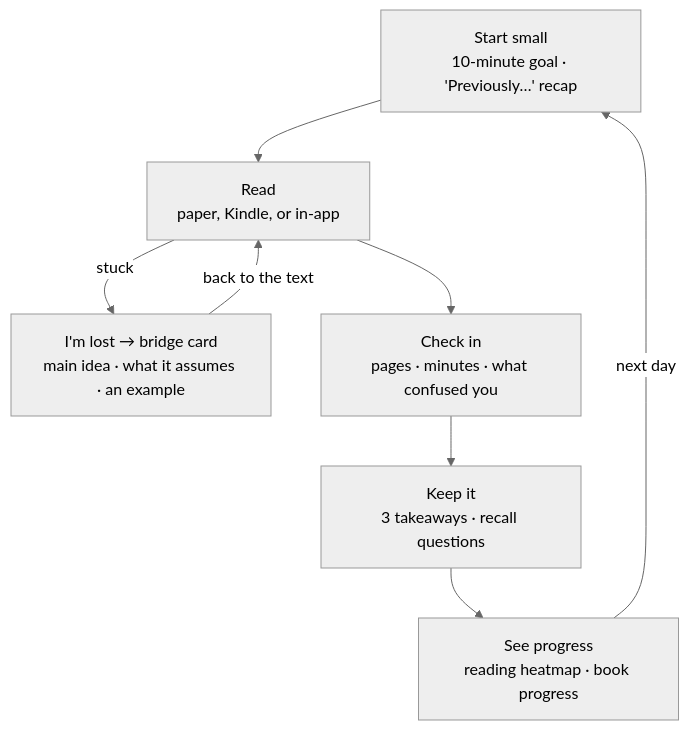
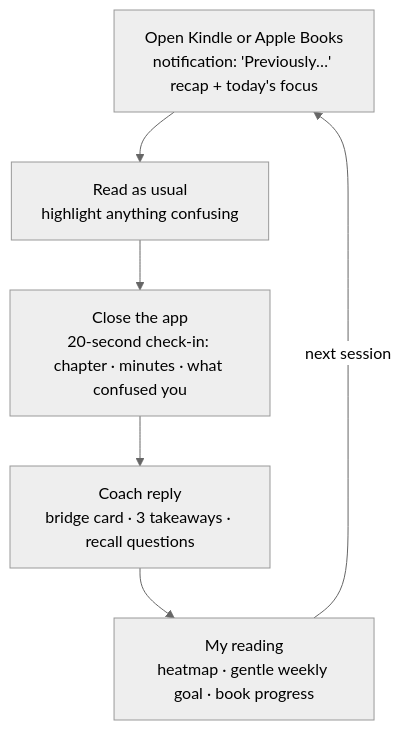
Before and after one commit to LuckyP86H/help-me-learn: the diagram in PLAN.md, drawn with Mermaid (neutral theme). The commit also changed other lines of this file and 1 other file, not shown here.

First line of the commit message:
Revise v2 plan around Kindle/Apple Books reading and local models

````diff
--- a/PLAN.md
+++ b/PLAN.md
@@ -53,15 +76,11 @@
 ```mermaid
 flowchart TB
-    Start["Start small<br/>10-minute goal · 'Previously…' recap"]
-    Read["Read<br/>paper, Kindle, or in-app"]
-    Lost["I'm lost → bridge card<br/>main idea · what it assumes · an example"]
-    Check["Check in<br/>pages · minutes · what confused you"]
-    Keep["Keep it<br/>3 takeaways · recall questions"]
-    See["See progress<br/>reading heatmap · book progress"]
+    Open["Open Kindle or Apple Books<br/>notification: 'Previously…' recap + today's focus"]
+    Read["Read as usual<br/>highlight anything confusing"]
+    Close["Close the app<br/>20-second check-in: chapter · minutes · what confused you"]
+    Reply["Coach reply<br/>bridge card · 3 takeaways · recall questions"]
+    Week["My reading<br/>heatmap · gentle weekly goal · book progress"]
 
-    Start --> Read
-    Read -->|stuck| Lost
-    Lost -->|back to the text| Read
-    Read --> Check --> Keep --> See
-    See -->|next day| Start
+    Open --> Read --> Close --> Reply --> Week
+    Week -->|next session| Open
 ```
````
